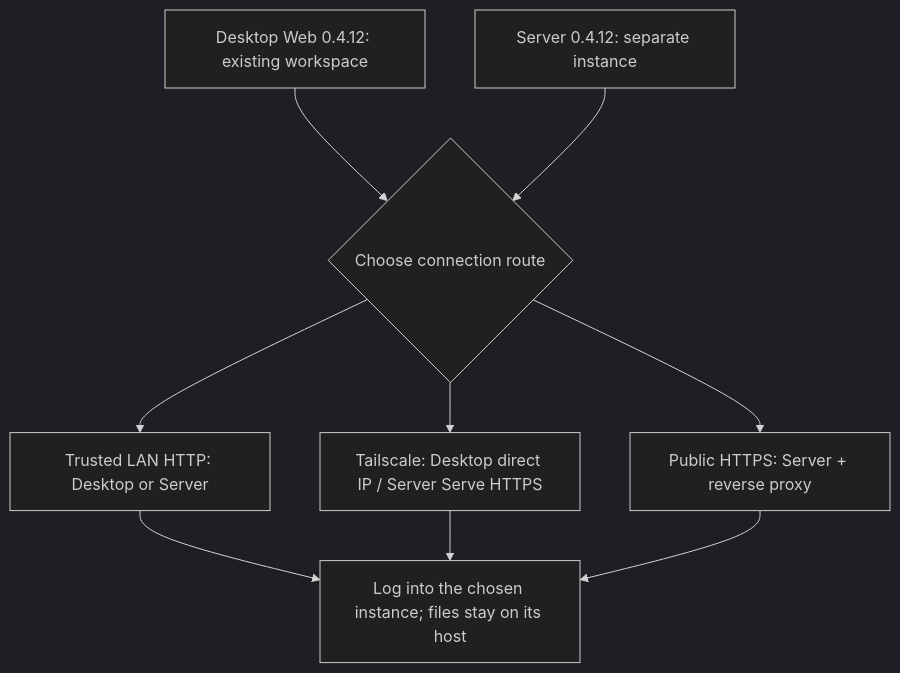
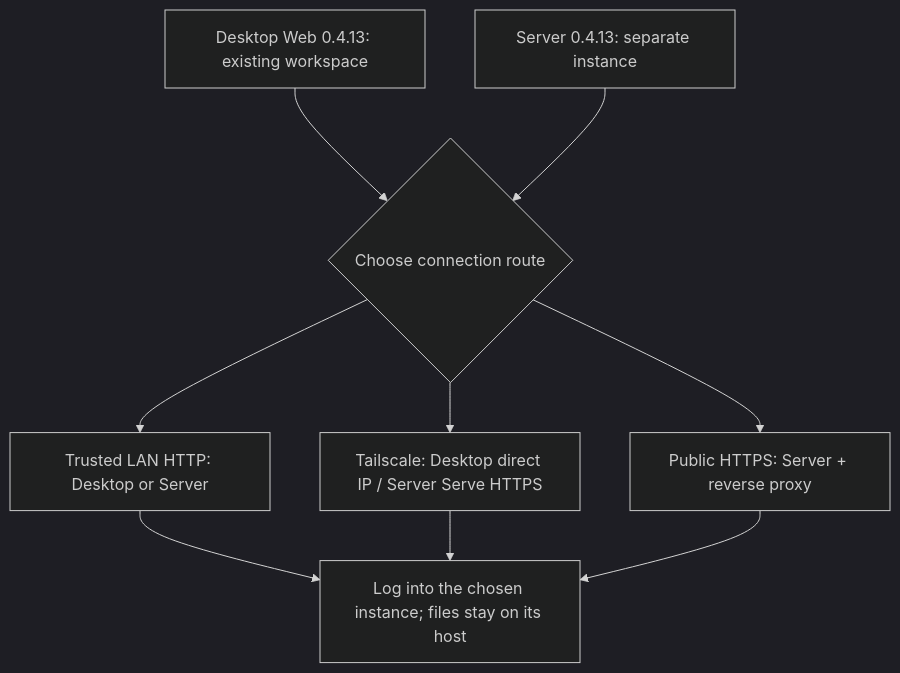
One commit to 123eyu/rovai-ai changed the diagram in website/site/public/assets/diagrams/deployment-choice-en.mmd. Above: the diagram before and after it, drawn with Mermaid (dark theme). The commit also changed 13 other files, not shown here.

```diff
--- a/website/site/public/assets/diagrams/deployment-choice-en.mmd
+++ b/website/site/public/assets/diagrams/deployment-choice-en.mmd
@@ -1,12 +1,12 @@
 flowchart TB
-  desktop["Desktop Web 0.4.12: existing workspace"]
-  server["Server 0.4.12: separate instance"]
+  desktop["Desktop Web 0.4.13: existing workspace"]
+  server["Server 0.4.13: separate instance"]
   choice{"Choose connection route"}
   desktop --> choice
   server --> choice
   choice --> lan["Trusted LAN HTTP: Desktop or Server"]
   choice --> ts["Tailscale: Desktop direct IP / Server Serve HTTPS"]
   choice --> public["Public HTTPS: Server + reverse proxy"]
   lan --> login["Log into the chosen instance; files stay on its host"]
   ts --> login
   public --> login
```
